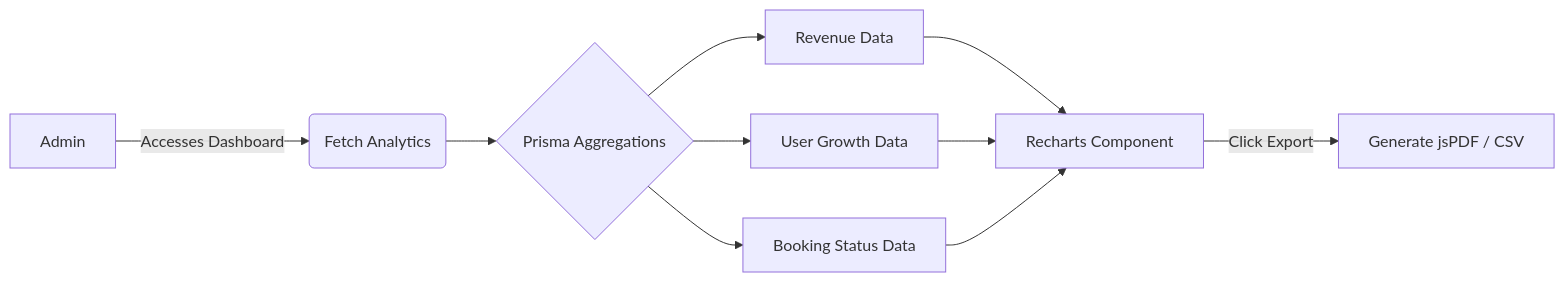
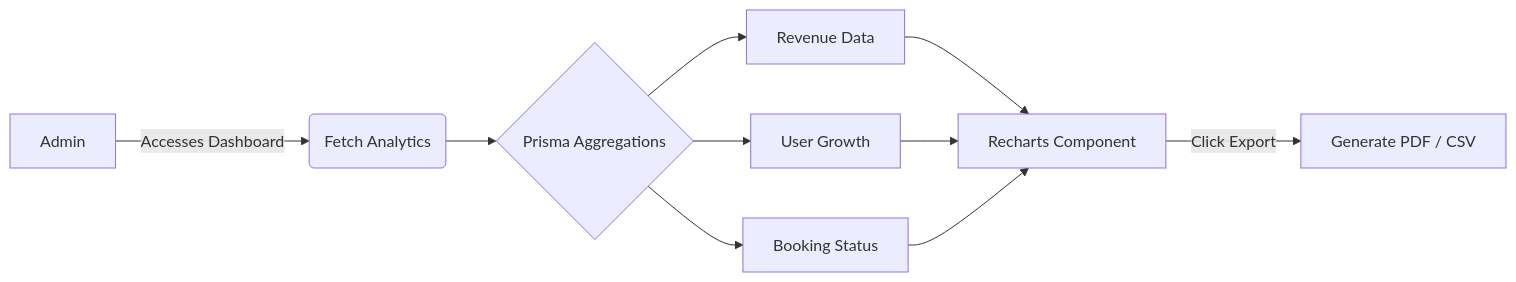
One commit to Rohitsingh910/Car-rental-website changed the third of 3 diagrams in README.md. Above: the diagram before and after it, drawn with Mermaid. The commit also changed other lines of this file, not shown here.

Commit message:
docs: fix mermaid syntax and beautify readme

````diff
--- a/README.md
+++ b/README.md
@@ -115,12 +135,12 @@
 ```mermaid
 flowchart LR
     A[Admin] -->|Accesses Dashboard| B(Fetch Analytics)
     B --> C{Prisma Aggregations}
-    C --> D[Revenue Data]
-    C --> E[User Growth Data]
-    C --> F[Booking Status Data]
-    D --> G[Recharts Component]
+    C --> D["Revenue Data"]
+    C --> E["User Growth"]
+    C --> F["Booking Status"]
+    D --> G["Recharts Component"]
     E --> G
     F --> G
-    G -->|Click Export| H[Generate jsPDF / CSV]
+    G -->|Click Export| H["Generate PDF / CSV"]
 ```
````
